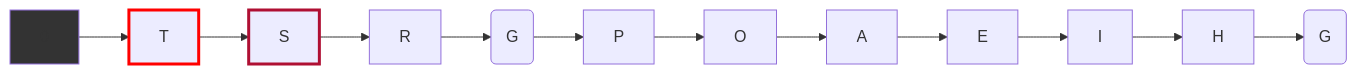
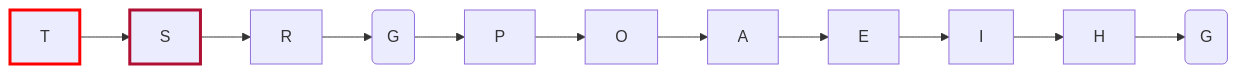
The eighth of 18 diagrams in README.md (west7/EDA2), drawn with Mermaid before and after one commit. The commit also changed other lines of this file and 25 other files, not shown here.

````diff
--- a/README.md
+++ b/README.md
@@ -530,8 +542,7 @@
 ```mermaid
     graph LR;
-    0 --> T --> S --> R --> G1(G) --> P --> O --> A --> E --> I --> H --> G2(G)
+    T --> S --> R --> G1(G) --> P --> O --> A --> E --> I --> H --> G2(G)
 
     style T stroke-width: 3px, stroke: #FF0000
     style S stroke-width: 3px, stroke: #AF0F33
-    style 0 fill: #333
 ```
````
